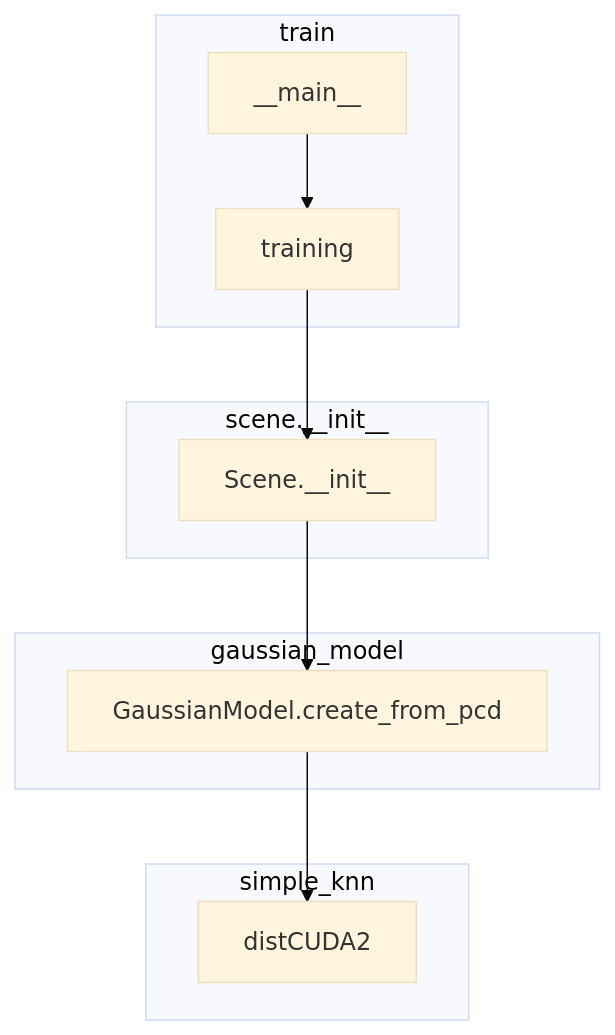
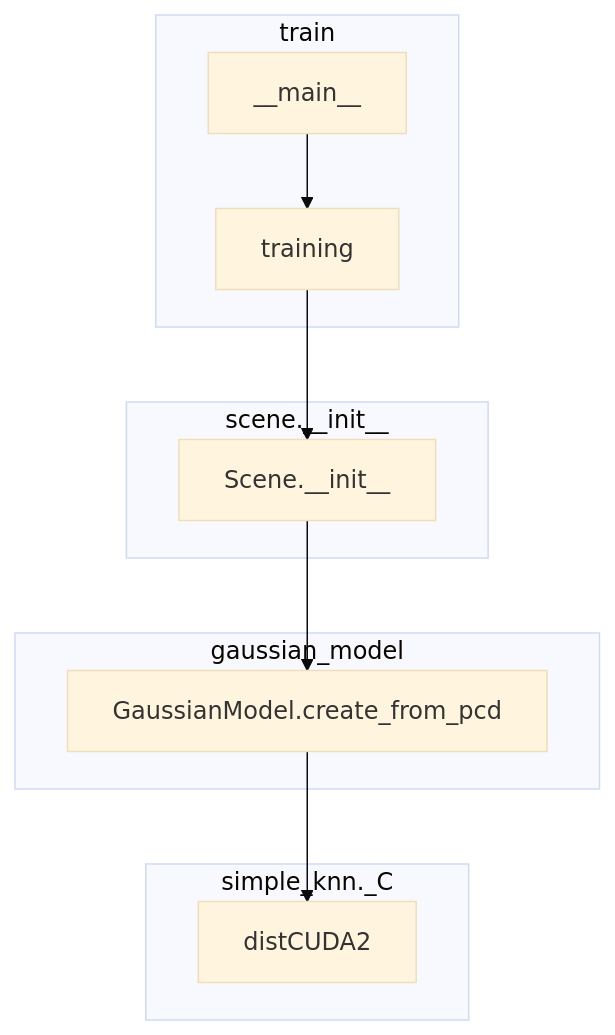
One commit to AsherJingkongChen/3DGS changed the third of 5 diagrams in docs/procedure/original-reference.orig.md. Above: the diagram before and after it, drawn with Mermaid (base theme). The commit also changed other lines of this file and 5 other files, not shown here.

````diff
--- a/docs/procedure/original-reference.orig.md
+++ b/docs/procedure/original-reference.orig.md
@@ -97,21 +112,21 @@
 ```mermaid
 graph TD
-  subgraph simple_knn
+  subgraph simple_knn._C
     distCUDA2
   end
   subgraph gaussian_model
     gm_cfd[GaussianModel.create_from_pcd]
   end
   subgraph scene.__init__
     scene[Scene.__init__]
   end
   subgraph train
     training
     train_main[__main__]
   end
 
   gm_cfd --> distCUDA2
   scene --> gm_cfd
   training --> scene
   train_main --> training
 ```
````
